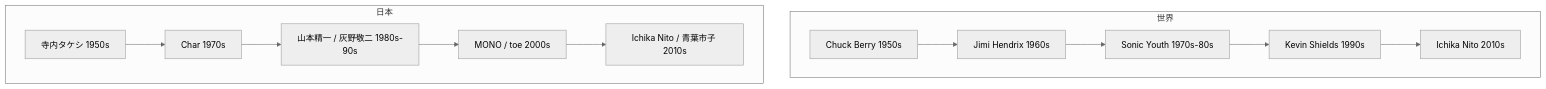
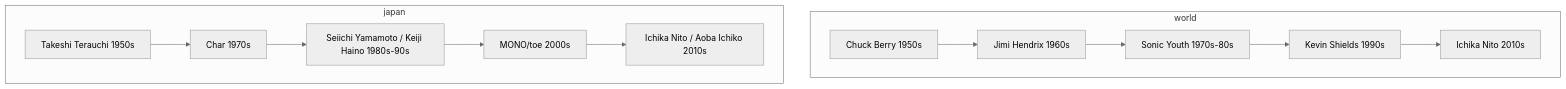
One commit to monumental-movement/monumental-movement.github.io changed the diagram in en/_posts/2025-10-18-column-guitarists.md. Above: the diagram before and after it, drawn with Mermaid (neutral theme). The commit also changed other lines of this file and 1631 other files, not shown here.

```diff
--- a/en/_posts/2025-10-18-column-guitarists.md
+++ b/en/_posts/2025-10-18-column-guitarists.md
@@ -212,23 +199,23 @@
 <div class="mermaid">
 
 flowchart TD
-    subgraph 世界
+    subgraph world
     A1950["Chuck Berry 1950s"]
     A1960["Jimi Hendrix 1960s"]
     A1970["Sonic Youth 1970s-80s"]
     A1980["Kevin Shields 1990s"]
     A1990["Ichika Nito 2010s"]
     end
 
-    subgraph 日本
-    J1950["寺内タケシ 1950s"]
+subgraph japan
+    J1950["Takeshi Terauchi 1950s"]
     J1960["Char 1970s"]
-    J1970["山本精一 / 灰野敬二 1980s-90s"]
-    J1980["MONO / toe 2000s"]
-    J1990["Ichika Nito / 青葉市子 2010s"]
+    J1970["Seiichi Yamamoto / Keiji Haino 1980s-90s"]
+    J1980["MONO/toe 2000s"]
+    J1990["Ichika Nito / Aoba Ichiko 2010s"]
     end
 
-    A1950 --> A1960 --> A1970 --> A1980 --> A1990
+A1950 --> A1960 --> A1970 --> A1980 --> A1990
     J1950 --> J1960 --> J1970 --> J1980 --> J1990
 
 </div>
```
